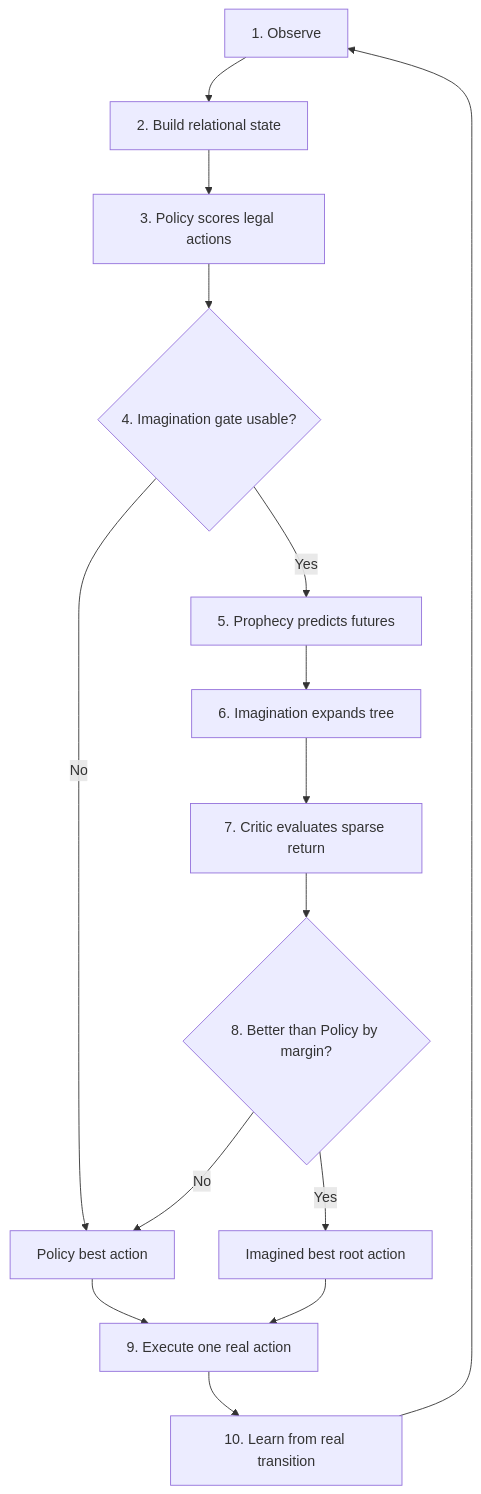
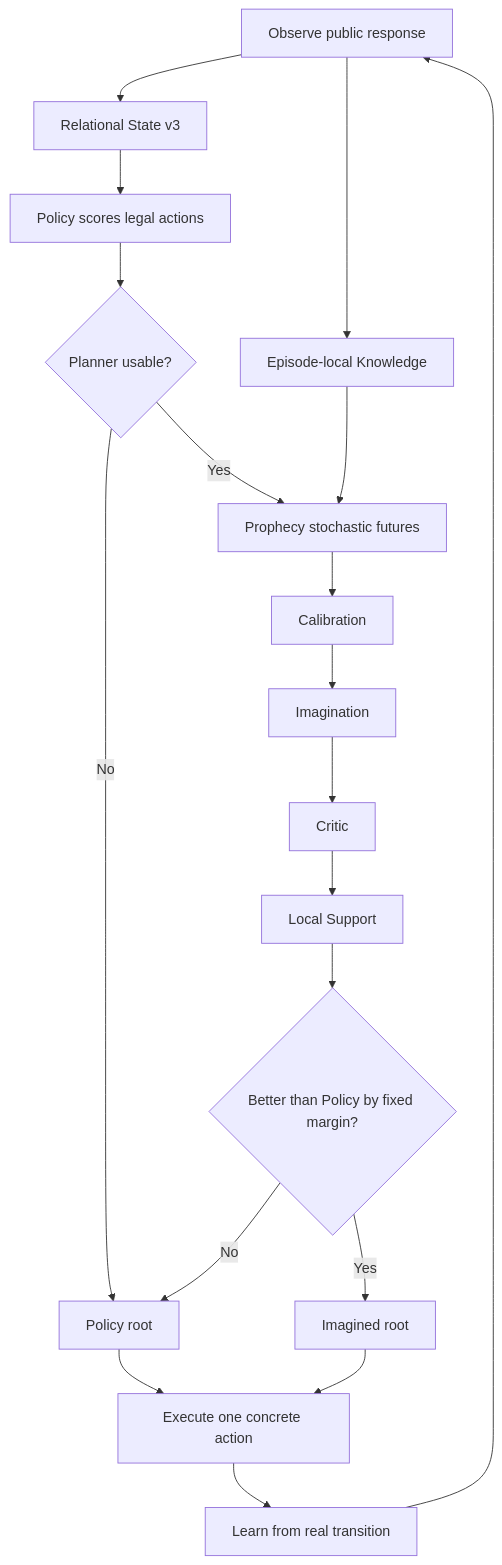
Before and after one commit to aether0xff-afk/AASSR: the diagram in wiki/AASSR-in-5-Minutes.md, drawn with Mermaid. The commit also changed other lines of this file and 14 other files, not shown here.

````diff
--- a/wiki/AASSR-in-5-Minutes.md
+++ b/wiki/AASSR-in-5-Minutes.md
@@ -265,17 +391,21 @@
 ```mermaid
 flowchart TD
-    O[1. Observe] --> R[2. Build relational state]
-    R --> P[3. Policy scores legal actions]
-    P --> G{4. Imagination gate usable?}
-    G -- No --> PA[Policy best action]
-    G -- Yes --> W[5. Prophecy predicts futures]
-    W --> I[6. Imagination expands tree]
-    I --> C[7. Critic evaluates sparse return]
-    C --> S{8. Better than Policy by margin?}
-    S -- No --> PA
-    S -- Yes --> IA[Imagined best root action]
-    PA --> E[9. Execute one real action]
+    O[Observe public response] --> R[Relational State v3]
+    R --> P[Policy scores legal actions]
+    O --> K[Episode-local Knowledge]
+    P --> G{Planner usable?}
+    G -- No --> PA[Policy root]
+    G -- Yes --> W[Prophecy stochastic futures]
+    K --> W
+    W --> CAL[Calibration]
+    CAL --> I[Imagination]
+    I --> C[Critic]
+    C --> S[Local Support]
+    S --> M{Better than Policy by fixed margin?}
+    M -- No --> PA
+    M -- Yes --> IA[Imagined root]
+    PA --> E[Execute one concrete action]
     IA --> E
-    E --> L[10. Learn from real transition]
+    E --> L[Learn from real transition]
     L --> O
 ```
````
